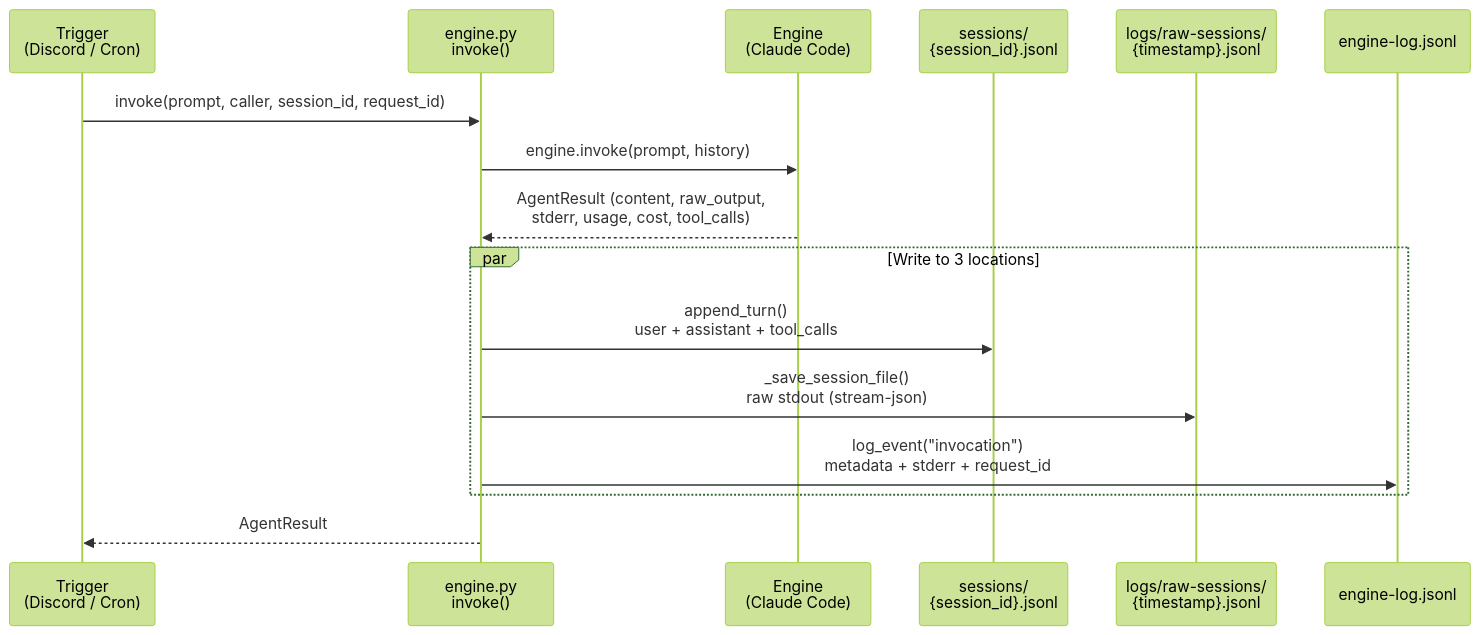
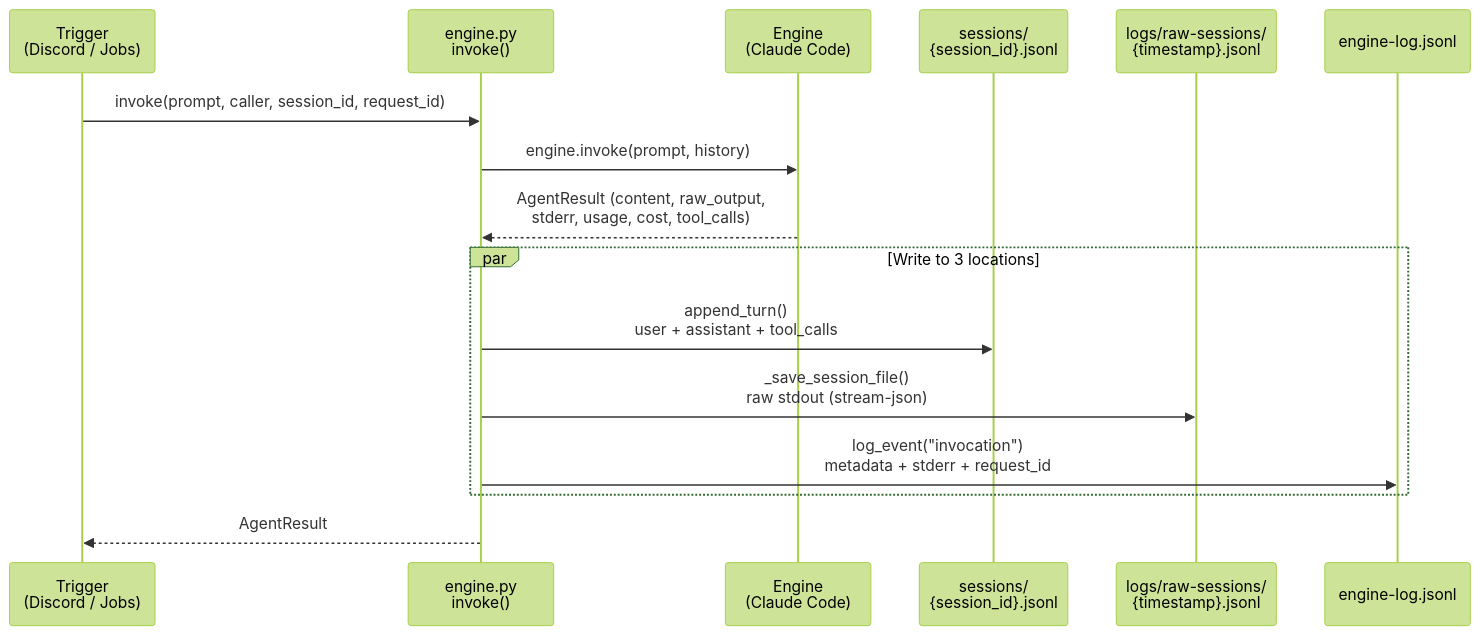
One commit to ArnaudValensi/merlin changed the diagram in docs/dev/logging-system/invocation-flow.mmd. Above: the diagram before and after it, drawn with Mermaid (forest theme). The commit also changed 13 other files, not shown here.

First line of the commit message:
Finish the cron->jobs doc rename and sync docs to the shipped webhook design

```diff
--- a/docs/dev/logging-system/invocation-flow.mmd
+++ b/docs/dev/logging-system/invocation-flow.mmd
@@ -1,19 +1,19 @@
 sequenceDiagram
-    participant T as Trigger<br/>(Discord / Cron)
+    participant T as Trigger<br/>(Discord / Jobs)
     participant E as engine.py<br/>invoke()
     participant EN as Engine<br/>(Claude Code)
     participant SS as sessions/<br/>{session_id}.jsonl
     participant RS as logs/raw-sessions/<br/>{timestamp}.jsonl
     participant EL as engine-log.jsonl
 
     T->>E: invoke(prompt, caller, session_id, request_id)
     E->>EN: engine.invoke(prompt, history)
     EN-->>E: AgentResult (content, raw_output,<br/>stderr, usage, cost, tool_calls)
 
     par Write to 3 locations
         E->>SS: append_turn()<br/>user + assistant + tool_calls
         E->>RS: _save_session_file()<br/>raw stdout (stream-json)
         E->>EL: log_event("invocation")<br/>metadata + stderr + request_id
     end
 
     E-->>T: AgentResult
```
